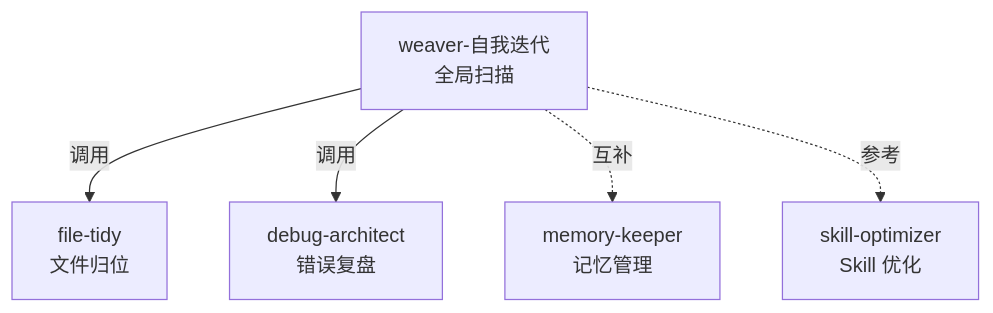
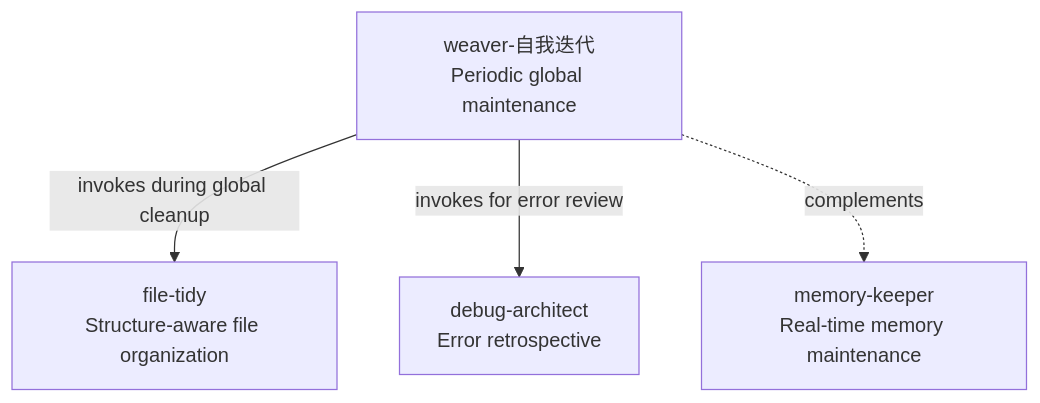
One commit to 2021291696/weaver-evolve changed the diagram in README.md. Above: the diagram before and after it, drawn with Mermaid. The commit also changed other lines of this file, not shown here.

````diff
--- a/README.md
+++ b/README.md
@@ -53,13 +45,11 @@
 ```mermaid
 graph TD
-    W[weaver-自我迭代<br/>全局扫描]
-    F[file-tidy<br/>文件归位]
-    D[debug-architect<br/>错误复盘]
-    M[memory-keeper<br/>记忆管理]
-    S[skill-optimizer<br/>Skill 优化]
+    W["weaver-自我迭代<br/>Periodic global maintenance"]
+    F["file-tidy<br/>Structure-aware file organization"]
+    D["debug-architect<br/>Error retrospective"]
+    M["memory-keeper<br/>Real-time memory maintenance"]
 
-    W -->|调用| F
-    W -->|调用| D
-    W -.->|互补| M
-    W -.->|参考| S
+    W -->|invokes during global cleanup| F
+    W -->|invokes for error review| D
+    W -.->|complements| M
 ```
````
